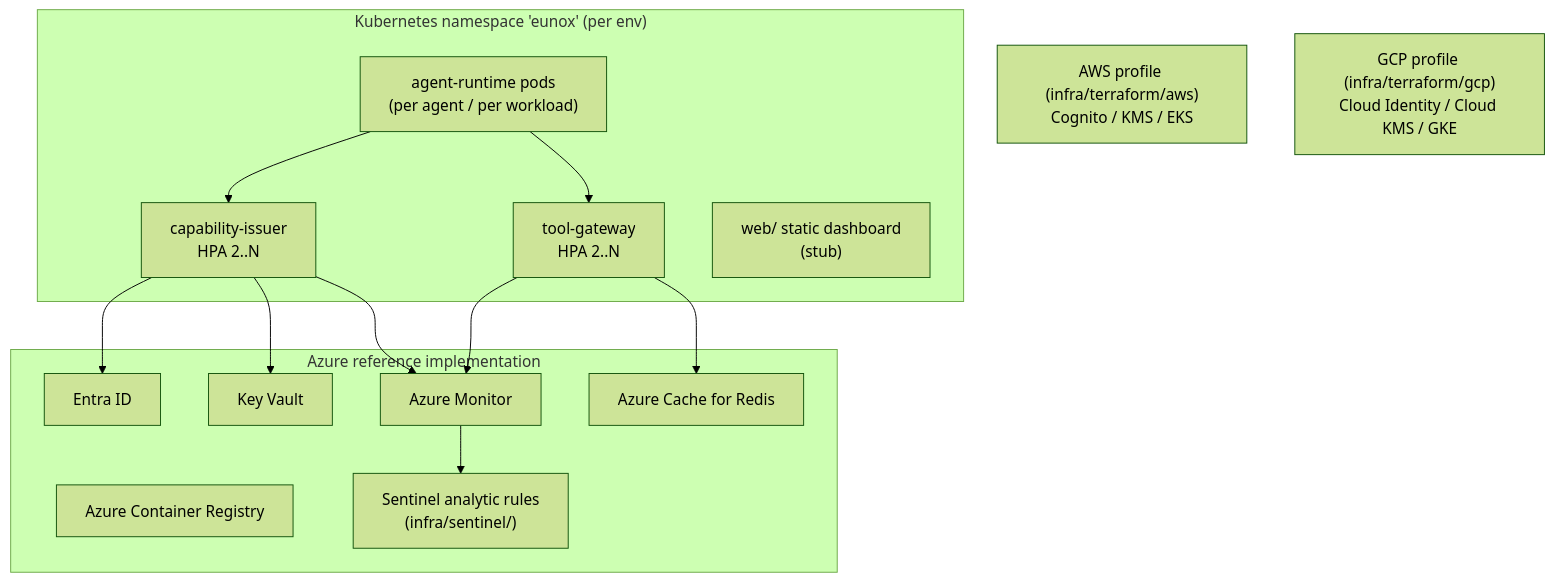
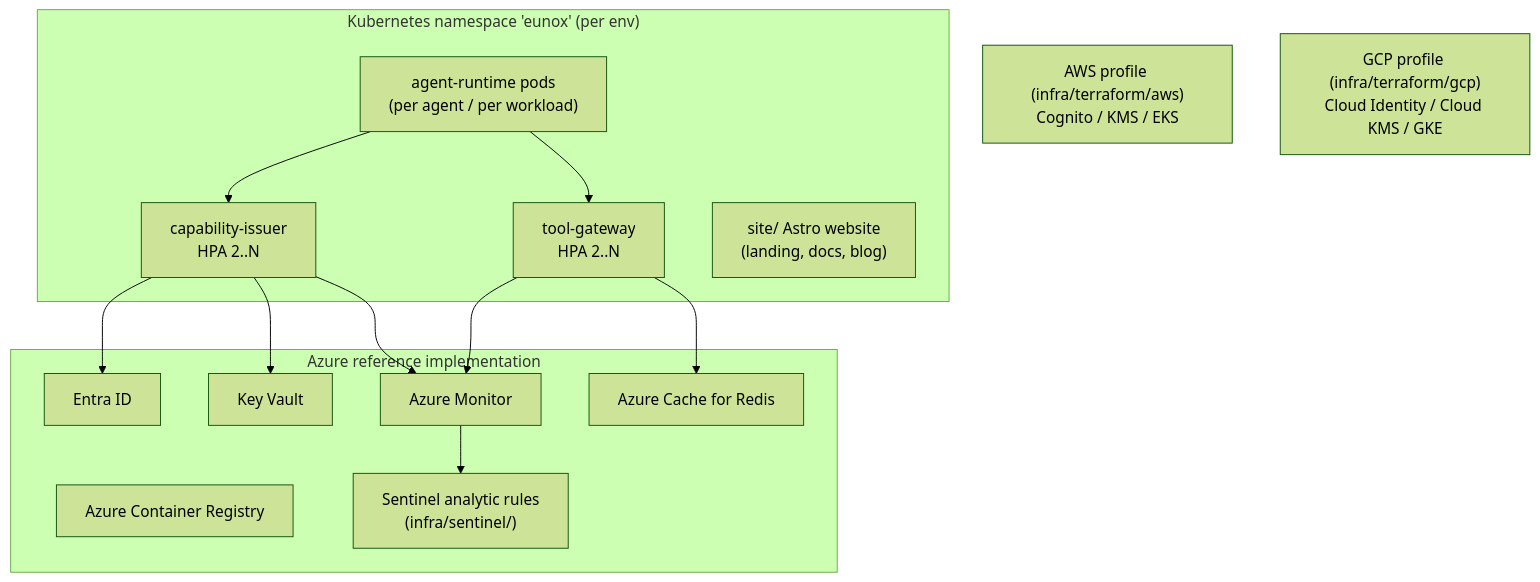
One commit to eunolabs/eunox changed diagram 14 of 14 in docs/architecture.md. Above: the diagram before and after it, drawn with Mermaid (forest theme). The commit also changed 18 other files, not shown here.

Commit message:
feat: port web/deploy.html to site/src/pages/deploy.astro and remove web/

````diff
--- a/docs/architecture.md
+++ b/docs/architecture.md
@@ -645,30 +645,30 @@
 ```mermaid
 flowchart TB
     subgraph K8s["Kubernetes namespace 'eunox' (per env)"]
         IssuerPod["capability-issuer<br/>HPA 2..N"]
         GatewayPod["tool-gateway<br/>HPA 2..N"]
         RuntimePod["agent-runtime pods<br/>(per agent / per workload)"]
-        Web["web/ static dashboard<br/>(stub)"]
+        Web["site/ Astro website<br/>(landing, docs, blog)"]
     end
 
     subgraph AzureRefImpl["Azure reference implementation"]
         AAD["Entra ID"]
         KV["Key Vault"]
         ACR["Azure Container Registry"]
         Sentinel["Sentinel analytic rules<br/>(infra/sentinel/)"]
         Mon["Azure Monitor"]
         RedisAzure["Azure Cache for Redis"]
     end
 
     AWS["AWS profile (infra/terraform/aws)<br/>Cognito / KMS / EKS"]
     GCP["GCP profile (infra/terraform/gcp)<br/>Cloud Identity / Cloud KMS / GKE"]
 
     IssuerPod --> AAD
     IssuerPod --> KV
     IssuerPod --> Mon
     GatewayPod --> RedisAzure
     GatewayPod --> Mon
     Mon --> Sentinel
     RuntimePod --> GatewayPod
     RuntimePod --> IssuerPod
 ```
````
